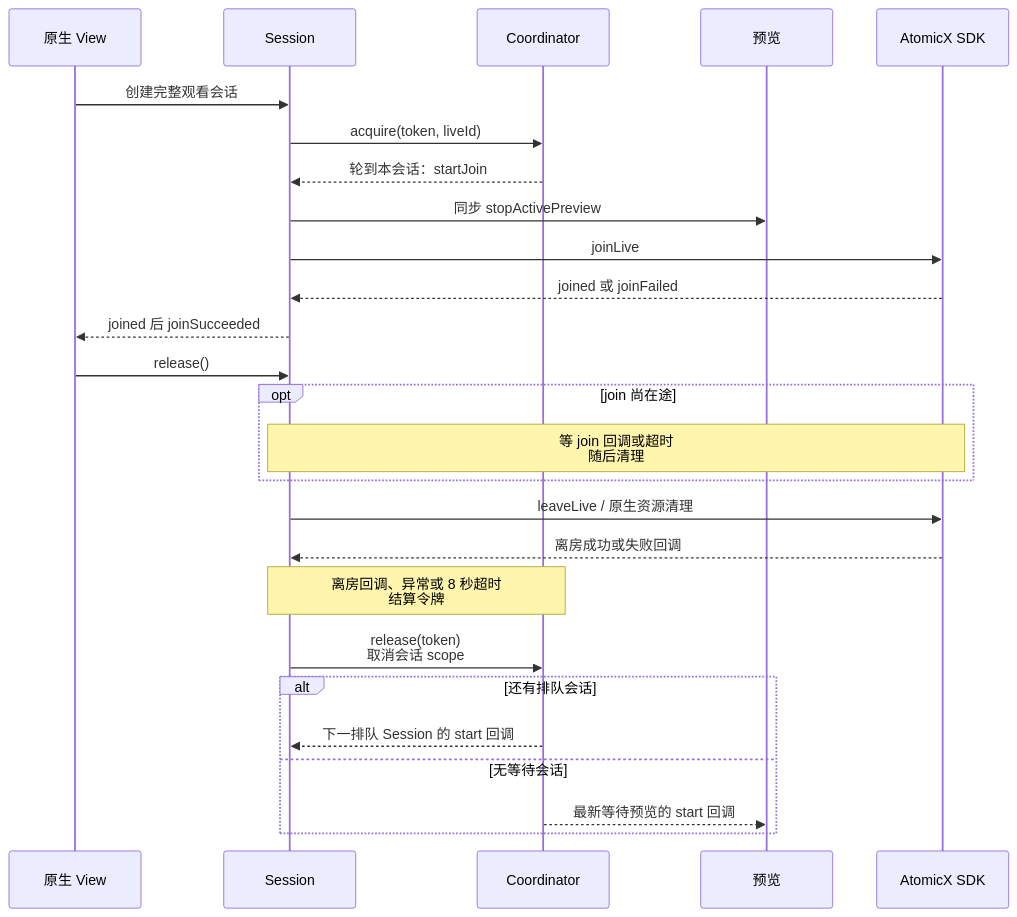
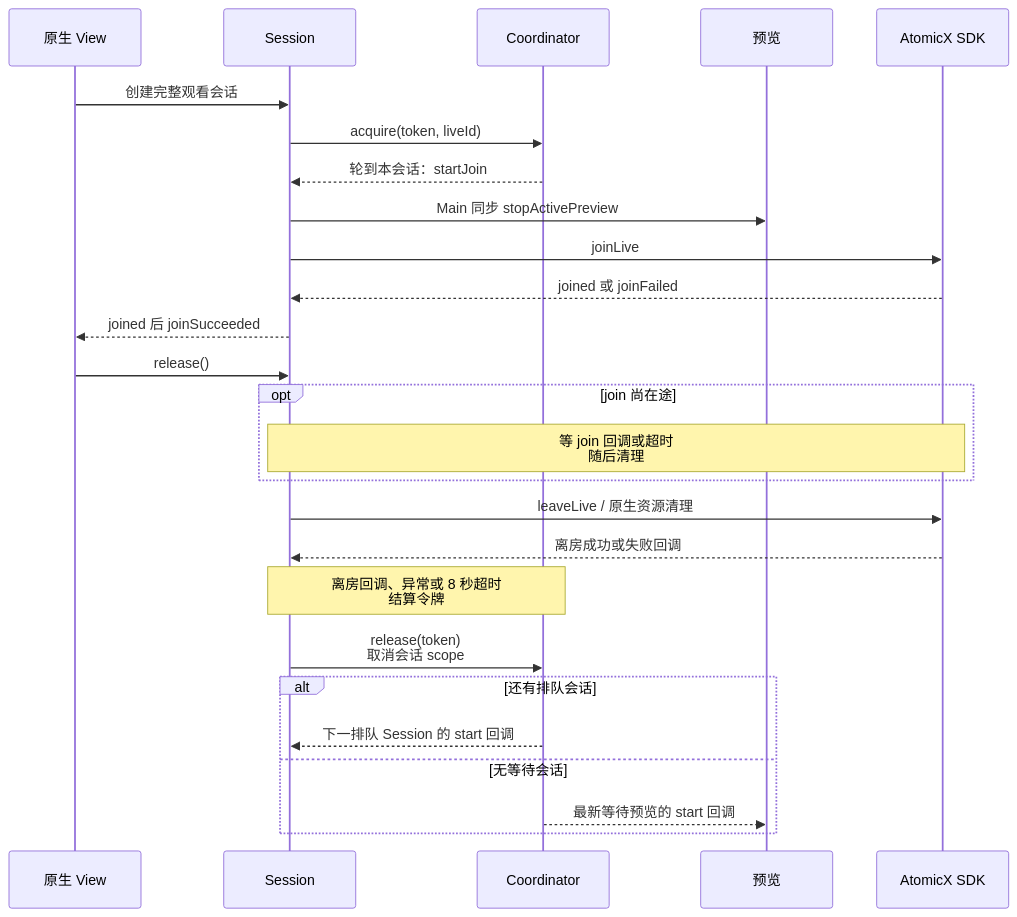
One commit to gycrosskit/live-sdk changed the second of 3 diagrams in README.md. Above: the diagram before and after it, drawn with Mermaid. The commit also changed other lines of this file and 16 other files, not shown here.

Commit message:
fix(live-sdk): await Main preview cleanup and suppress stale room callbacks

````diff
--- a/README.md
+++ b/README.md
@@ -28,28 +28,28 @@
 ```mermaid
 sequenceDiagram
     participant H as 原生 View
     participant S as Session
     participant G as Coordinator
     participant P as 预览
     participant X as AtomicX SDK
     H->>S: 创建完整观看会话
     S->>G: acquire(token, liveId)
     G-->>S: 轮到本会话：startJoin
-    S->>P: 同步 stopActivePreview
+    S->>P: Main 同步 stopActivePreview
     S->>X: joinLive
     X-->>S: joined 或 joinFailed
     S-->>H: joined 后 joinSucceeded
     H->>S: release()
     opt join 尚在途
         Note over S,X: 等 join 回调或超时<br/>随后清理
     end
     S->>X: leaveLive / 原生资源清理
     X-->>S: 离房成功或失败回调
     Note over S,G: 离房回调、异常或 8 秒超时<br/>结算令牌
     S->>G: release(token)<br/>取消会话 scope
     alt 还有排队会话
         G-->>S: 下一排队 Session 的 start 回调
     else 无等待会话
         G-->>P: 最新等待预览的 start 回调
     end
 ```
````
